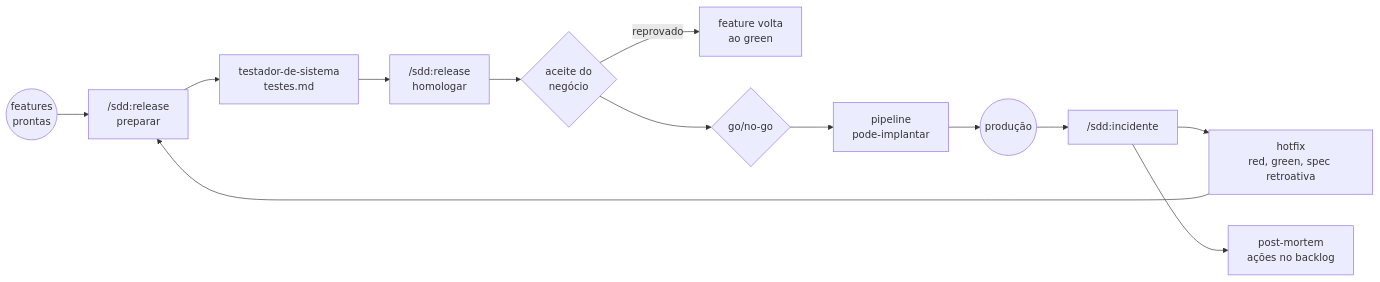
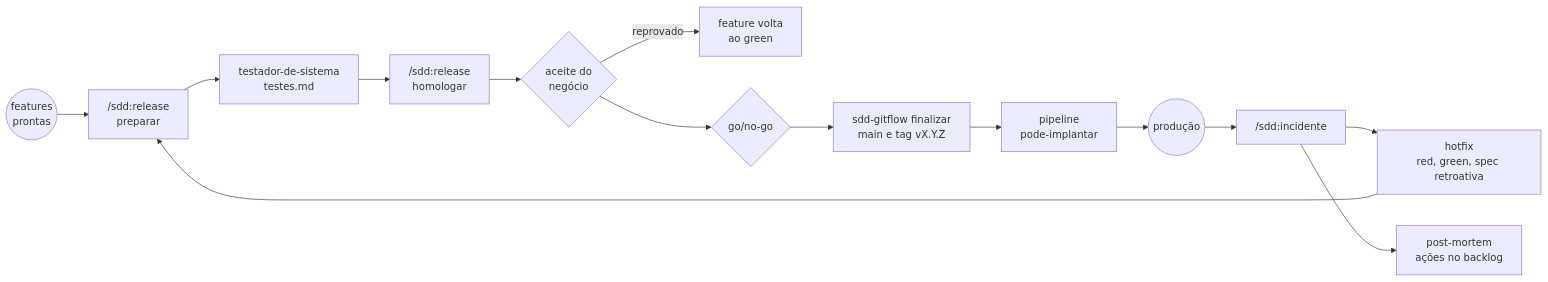
Before and after one commit to geraldodominguez/sdd-plugin: the second of 2 diagrams in README.md, drawn with Mermaid. The commit also changed other lines of this file and 63 other files, not shown here.

````diff
--- a/README.md
+++ b/README.md
@@ -289,15 +289,16 @@
 ```mermaid
 flowchart LR
     P((features<br/>prontas)) --> R["/sdd:release<br/>preparar"]
     R --> T["testador-de-sistema<br/>testes.md"]
     T --> H["/sdd:release<br/>homologar"]
     H --> AC{"aceite do<br/>negócio"}
     AC -->|reprovado| V["feature volta<br/>ao green"]
     AC --> GO{"go/no-go"}
-    GO --> PI["pipeline<br/>pode-implantar"]
+    GO --> FI["sdd-gitflow finalizar<br/>main e tag vX.Y.Z"]
+    FI --> PI["pipeline<br/>pode-implantar"]
     PI --> PR((produção))
     PR --> I["/sdd:incidente"]
     I --> HF["hotfix<br/>red, green, spec retroativa"]
     HF --> R
     I --> PM["post-mortem<br/>ações no backlog"]
 ```
````
